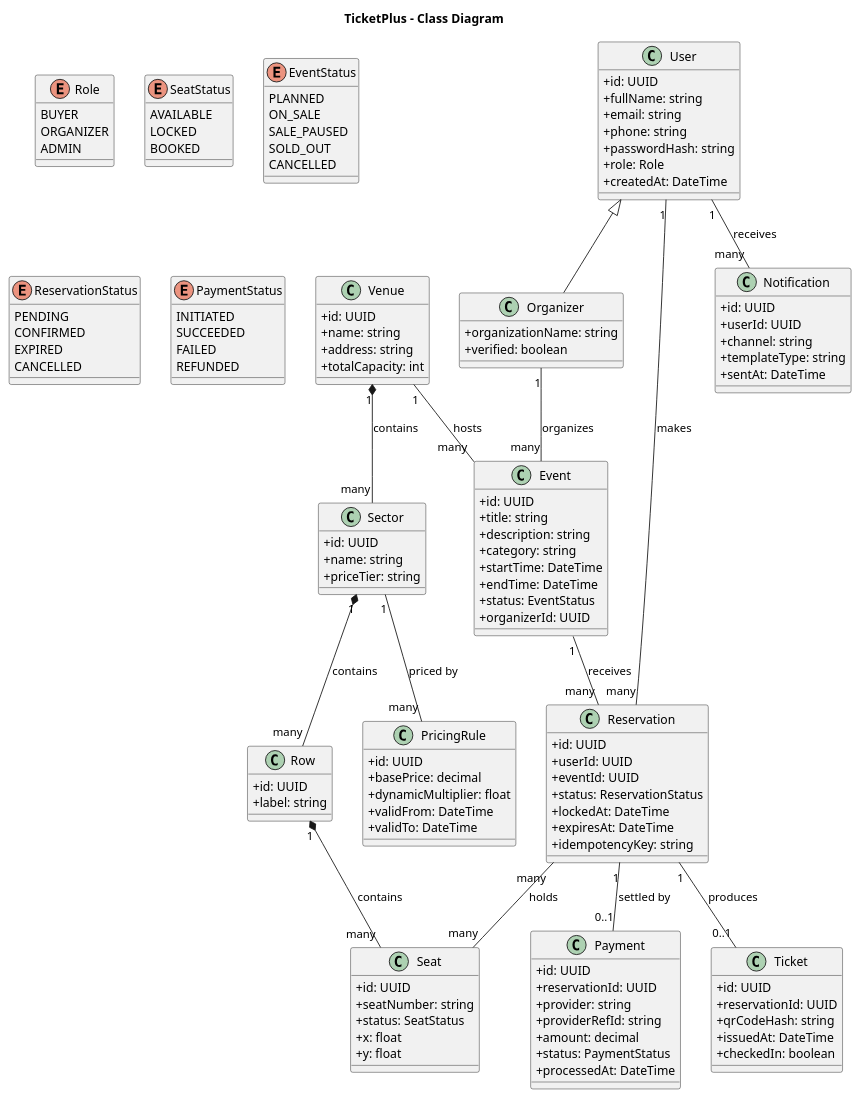
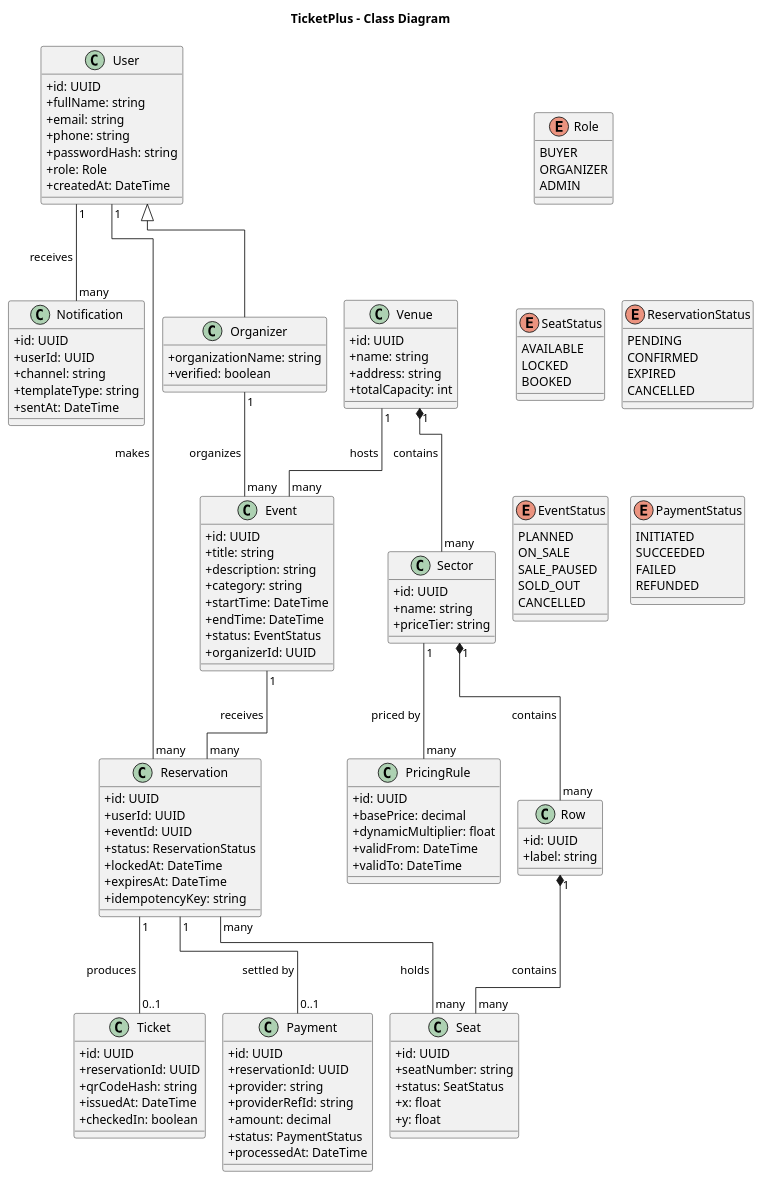
The diagram in diagrams/02-class-diagram.puml (MahsaNasehi/TicketPlus), drawn with PlantUML before and after one commit. The commit also changed 65 other files, not shown here.

```diff
--- a/diagrams/02-class-diagram.puml
+++ b/diagrams/02-class-diagram.puml
@@ -1,150 +1,151 @@
 @startuml
+!pragma layout elk
 title TicketPlus - Class Diagram
 
 skinparam classAttributeIconSize 0
 
 enum Role {
   BUYER
   ORGANIZER
   ADMIN
 }
 
 enum SeatStatus {
   AVAILABLE
   LOCKED
   BOOKED
 }
 
 enum EventStatus {
   PLANNED
   ON_SALE
   SALE_PAUSED
   SOLD_OUT
   CANCELLED
 }
 
 enum ReservationStatus {
   PENDING
   CONFIRMED
   EXPIRED
   CANCELLED
 }
 
 enum PaymentStatus {
   INITIATED
   SUCCEEDED
   FAILED
   REFUNDED
 }
 
 class User {
   +id: UUID
   +fullName: string
   +email: string
   +phone: string
   +passwordHash: string
   +role: Role
   +createdAt: DateTime
 }
 
 class Organizer {
   +organizationName: string
   +verified: boolean
 }
 User <|-- Organizer
 
 class Venue {
   +id: UUID
   +name: string
   +address: string
   +totalCapacity: int
 }
 
 class Sector {
   +id: UUID
   +name: string
   +priceTier: string
 }
 
 class Row {
   +id: UUID
   +label: string
 }
 
 class Seat {
   +id: UUID
   +seatNumber: string
   +status: SeatStatus
   +x: float
   +y: float
 }
 
 class Event {
   +id: UUID
   +title: string
   +description: string
   +category: string
   +startTime: DateTime
   +endTime: DateTime
   +status: EventStatus
   +organizerId: UUID
 }
 
 class PricingRule {
   +id: UUID
   +basePrice: decimal
   +dynamicMultiplier: float
   +validFrom: DateTime
   +validTo: DateTime
 }
 
 class Reservation {
   +id: UUID
   +userId: UUID
   +eventId: UUID
   +status: ReservationStatus
   +lockedAt: DateTime
   +expiresAt: DateTime
   +idempotencyKey: string
 }
 
 class Payment {
   +id: UUID
   +reservationId: UUID
   +provider: string
   +providerRefId: string
   +amount: decimal
   +status: PaymentStatus
   +processedAt: DateTime
 }
 
 class Ticket {
   +id: UUID
   +reservationId: UUID
   +qrCodeHash: string
   +issuedAt: DateTime
   +checkedIn: boolean
 }
 
 class Notification {
   +id: UUID
   +userId: UUID
   +channel: string
   +templateType: string
   +sentAt: DateTime
 }
 
 Venue "1" *-- "many" Sector : contains
 Sector "1" *-- "many" Row : contains
 Row "1" *-- "many" Seat : contains
 Venue "1" -- "many" Event : hosts
 Sector "1" -- "many" PricingRule : priced by
 Event "1" -- "many" Reservation : receives
 User "1" -- "many" Reservation : makes
 Reservation "many" -- "many" Seat : holds
 Reservation "1" -- "0..1" Payment : settled by
 Reservation "1" -- "0..1" Ticket : produces
 User "1" -- "many" Notification : receives
 Organizer "1" -- "many" Event : organizes
 
 @enduml
```
